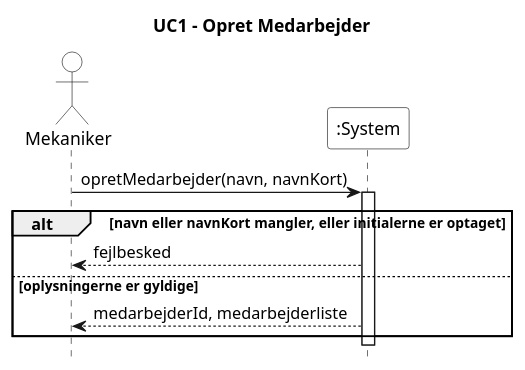
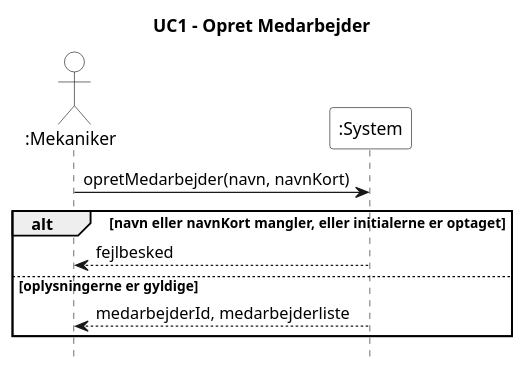
Before and after one commit to Zoabz/Getting-Real: the diagram in 4. System Sekvens Diagram/UC1_opret_medarbejder.puml, drawn with PlantUML. The commit also changed 16 other files, not shown here.

```diff
--- a/4. System Sekvens Diagram/UC1_opret_medarbejder.puml
+++ b/4. System Sekvens Diagram/UC1_opret_medarbejder.puml
@@ -1,25 +1,23 @@
 @startuml
 title UC1 - Opret Medarbejder
 hide footbox
 skinparam monochrome true
 skinparam shadowing false
 skinparam backgroundColor white
 skinparam actor {
   BackgroundColor white
 }
 skinparam participant {
   BackgroundColor white
 }
 
-actor Mekaniker
+actor ":Mekaniker" as Mekaniker
 participant ":System" as System
 
 Mekaniker -> System : opretMedarbejder(navn, navnKort)
-activate System
 alt navn eller navnKort mangler, eller initialerne er optaget
   System --> Mekaniker : fejlbesked
 else oplysningerne er gyldige
   System --> Mekaniker : medarbejderId, medarbejderliste
 end
-deactivate System
 @enduml
```
